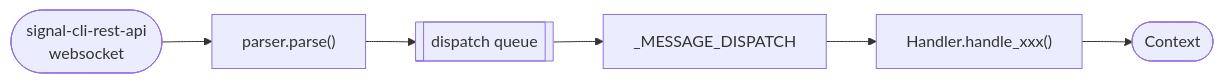
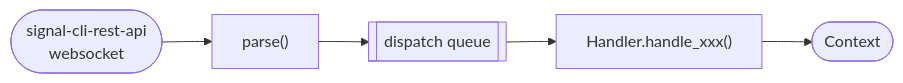
One commit to TabError/signalbot changed the first of 3 diagrams in docs/02_concepts.md. Above: the diagram before and after it, drawn with Mermaid. The commit also changed other lines of this file, not shown here.

````diff
--- a/docs/02_concepts.md
+++ b/docs/02_concepts.md
@@ -14,9 +13,8 @@
 ```mermaid
 %%{init: {"flowchart": {"useMaxWidth": false}}}%%
 flowchart LR
-    WS(["signal-cli-rest-api<br/>websocket"]) --> Parse["parser.parse()"]
+    WS(["signal-cli-rest-api<br/>websocket"]) --> Parse["parse()"]
     Parse --> Queue[["dispatch queue"]]
-    Queue --> Dispatch["_MESSAGE_DISPATCH"]
-    Dispatch --> Handler["Handler.handle_xxx()"]
+    Queue --> Handler["Handler.handle_xxx()"]
     Handler --> Context(["Context"])
 ```
````
